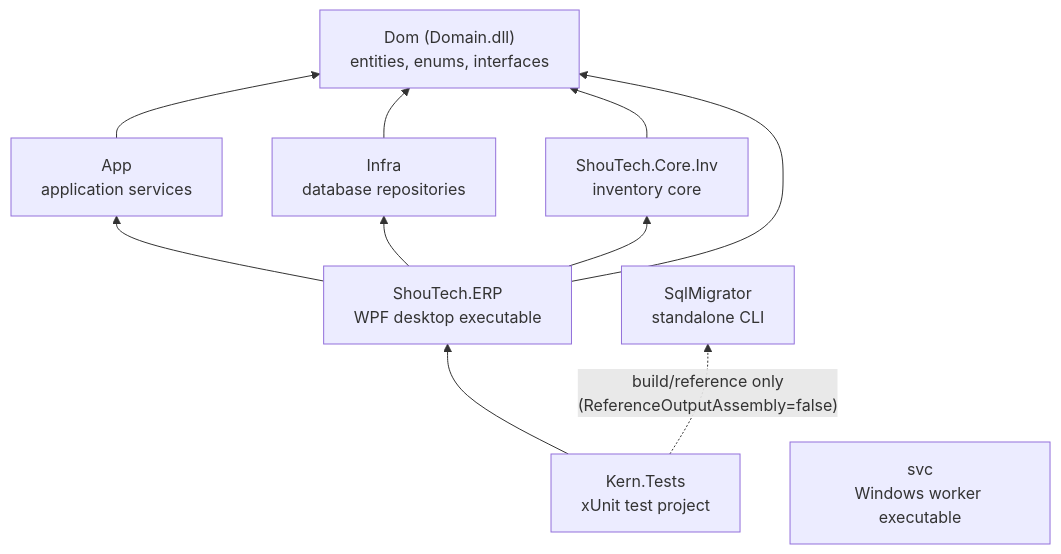
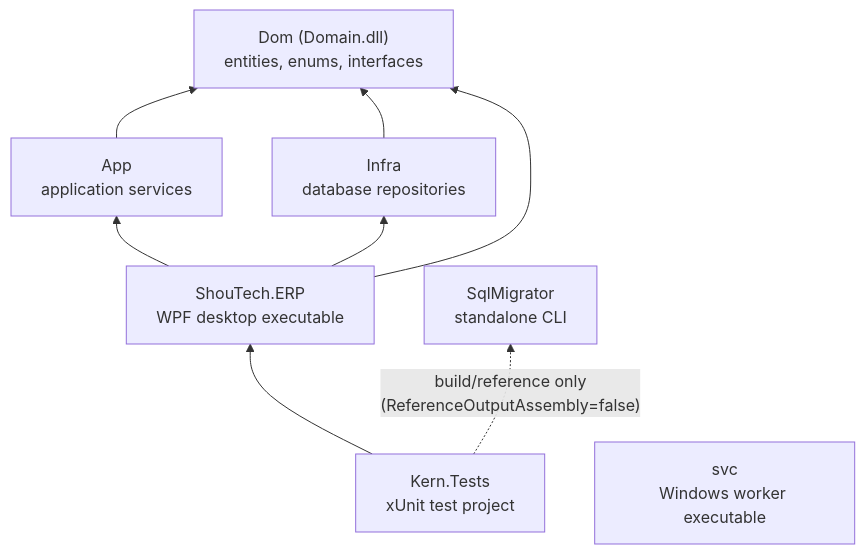
One commit to Roni4422/ShouTech changed the second of 4 diagrams in docs/ARCHITECTURE.md. Above: the diagram before and after it, drawn with Mermaid. The commit also changed other lines of this file, not shown here.

Commit message:
docs: align architecture map with archived inventory adapter

````diff
--- a/docs/ARCHITECTURE.md
+++ b/docs/ARCHITECTURE.md
@@ -39,21 +39,18 @@
 ```mermaid
 flowchart BT
     Domain["Dom (Domain.dll)<br/>entities, enums, interfaces"]
     Application["App<br/>application services"]
     Infrastructure["Infra<br/>database repositories"]
-    Inventory["ShouTech.Core.Inv<br/>inventory core"]
     DesktopApp["ShouTech.ERP<br/>WPF desktop executable"]
     Tests["Kern.Tests<br/>xUnit test project"]
     Migrator["SqlMigrator<br/>standalone CLI"]
     Service["svc<br/>Windows worker executable"]
 
     Application --> Domain
     Infrastructure --> Domain
-    Inventory --> Domain
     DesktopApp --> Domain
     DesktopApp --> Application
     DesktopApp --> Infrastructure
-    DesktopApp --> Inventory
     Tests --> DesktopApp
     Tests -. "build/reference only<br/>(ReferenceOutputAssembly=false)" .-> Migrator
 ```
````
